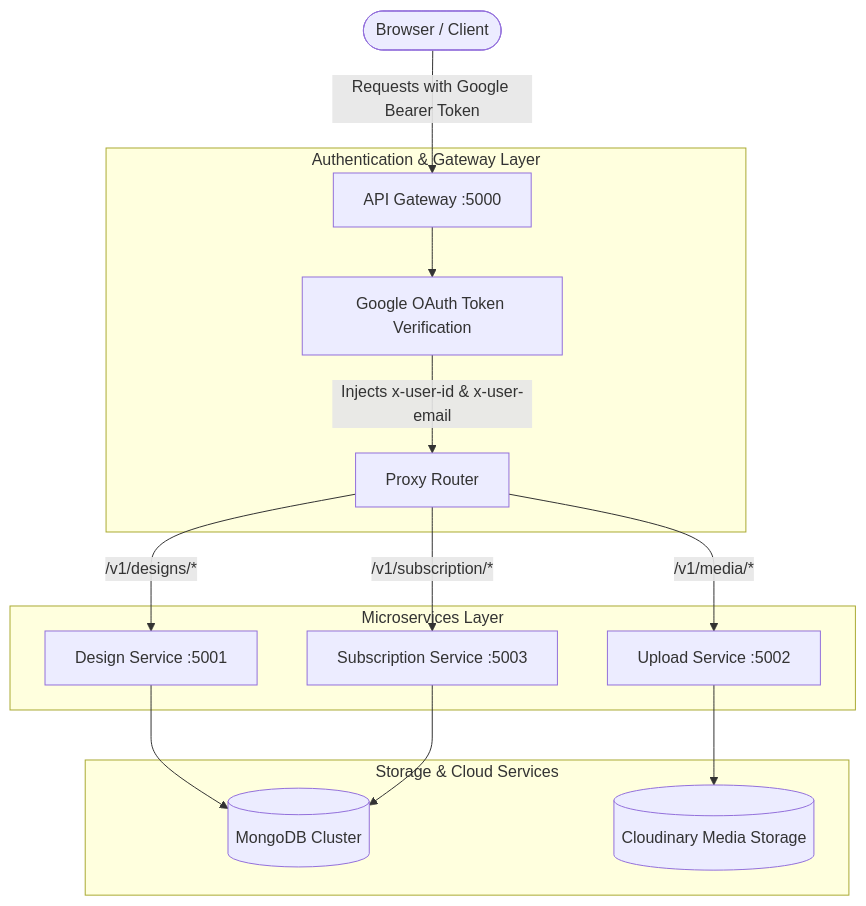
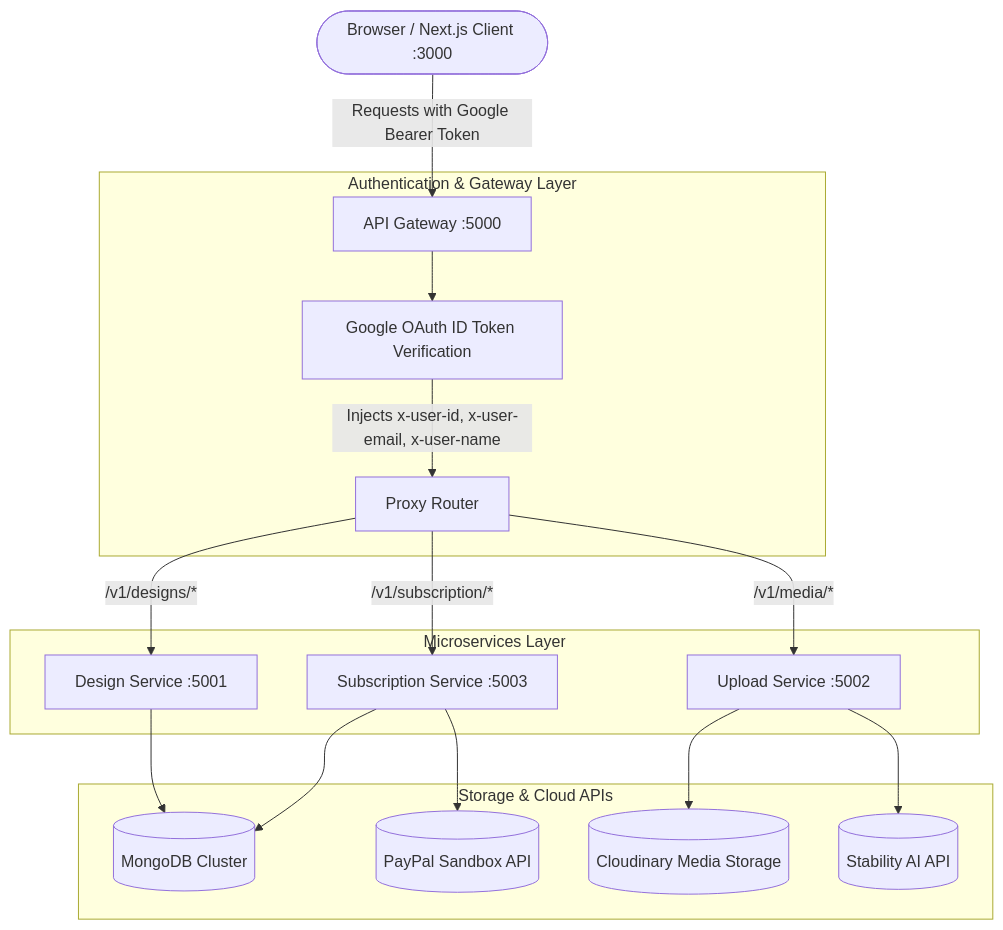
Before and after one commit to Aasutosh23/canva-clone: the diagram in README.md, drawn with Mermaid. The commit also changed other lines of this file and 34 other files, not shown here.

Commit message:
feat: add full-stack Canva clone implementation with microservices and PayPal billing

````diff
--- a/README.md
+++ b/README.md
@@ -36,21 +38,23 @@
 ```mermaid
 graph TD
-    User([Browser / Client]) -->|Requests with Google Bearer Token| Gateway[API Gateway :5000]
+    User([Browser / Next.js Client :3000]) -->|Requests with Google Bearer Token| Gateway[API Gateway :5000]
 
     subgraph Authentication & Gateway Layer
-        Gateway --> AuthMiddleware[Google OAuth Token Verification]
-        AuthMiddleware -->|Injects x-user-id & x-user-email| ProxyRouter[Proxy Router]
+        Gateway --> AuthMiddleware[Google OAuth ID Token Verification]
+        AuthMiddleware -->|Injects x-user-id, x-user-email, x-user-name| ProxyRouter[Proxy Router]
     end
 
     subgraph Microservices Layer
         ProxyRouter -->|/v1/designs/*| DesignSvc[Design Service :5001]
         ProxyRouter -->|/v1/media/*| UploadSvc[Upload Service :5002]
         ProxyRouter -->|/v1/subscription/*| SubSvc[Subscription Service :5003]
     end
 
-    subgraph Storage & Cloud Services
+    subgraph Storage & Cloud APIs
         DesignSvc --> MongoDB[(MongoDB Cluster)]
         SubSvc --> MongoDB
+        SubSvc --> PayPal[(PayPal Sandbox API)]
         UploadSvc --> Cloudinary[(Cloudinary Media Storage)]
+        UploadSvc --> StabilityAI[(Stability AI API)]
     end
 ```
````
